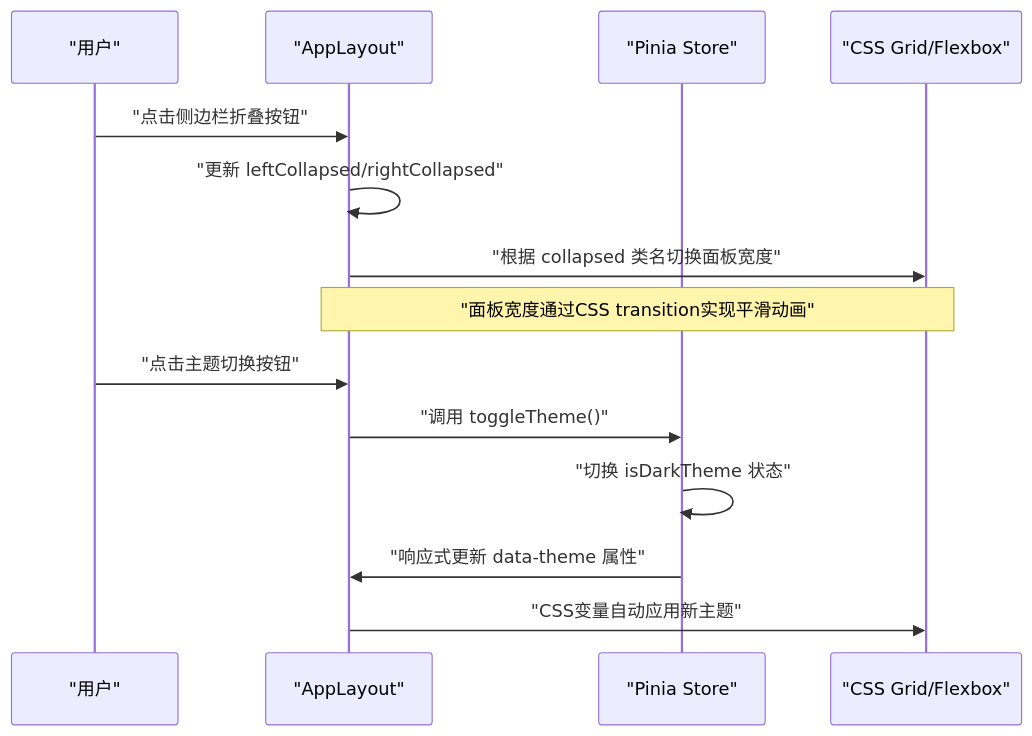
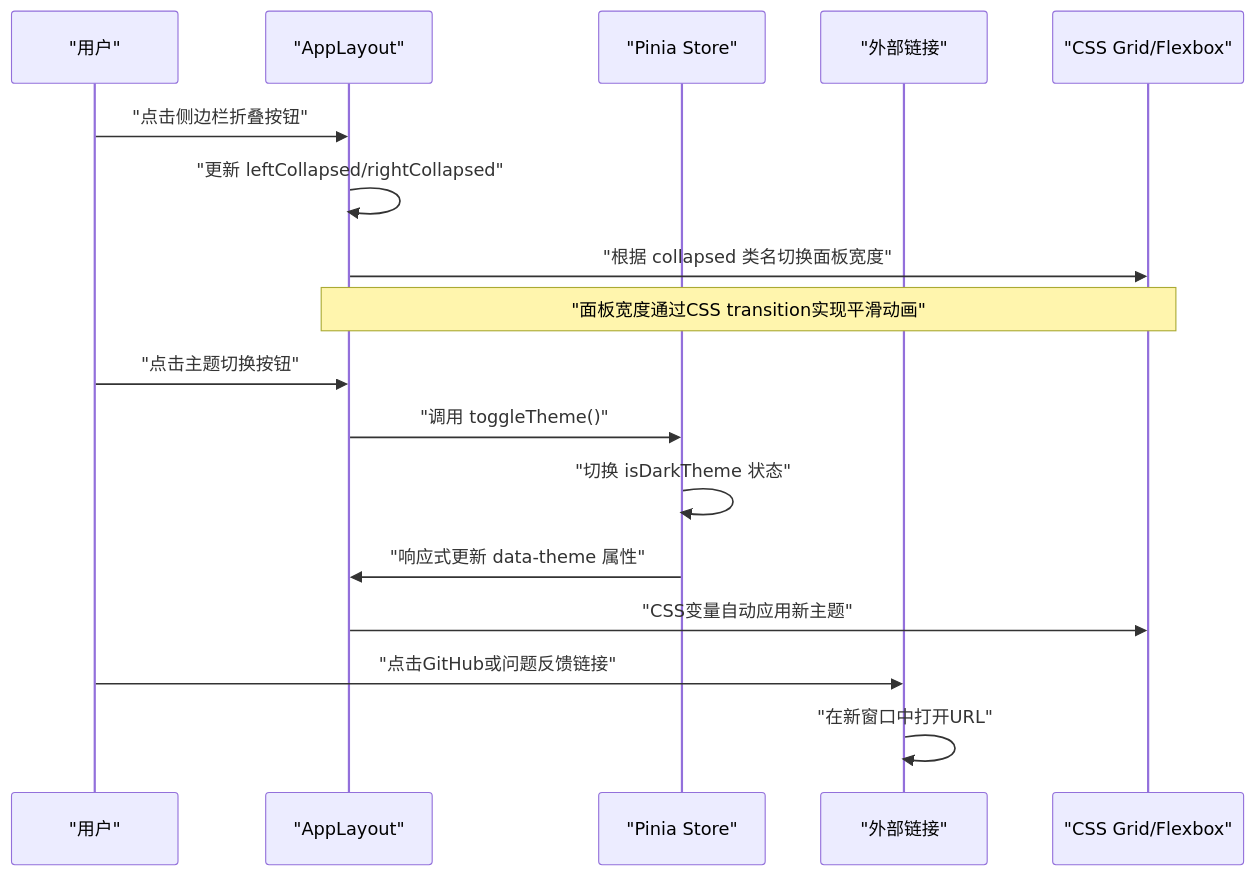
One commit to taoweidong/Hello-Tauri changed the third of 5 diagrams in .qoder/repowiki/zh/content/用户界面/布局系统.md. Above: the diagram before and after it, drawn with Mermaid. The commit also changed other lines of this file and 14 other files, not shown here.

````diff
--- a/.qoder/repowiki/zh/content/用户界面/布局系统.md
+++ b/.qoder/repowiki/zh/content/用户界面/布局系统.md
@@ -178,16 +193,19 @@
 ```mermaid
 sequenceDiagram
 participant U as "用户"
 participant L as "AppLayout"
 participant S as "Pinia Store"
+participant E as "外部链接"
 participant C as "CSS Grid/Flexbox"
 U->>L : "点击侧边栏折叠按钮"
 L->>L : "更新 leftCollapsed/rightCollapsed"
 L->>C : "根据 collapsed 类名切换面板宽度"
 Note over L,C : "面板宽度通过CSS transition实现平滑动画"
 U->>L : "点击主题切换按钮"
 L->>S : "调用 toggleTheme()"
 S->>S : "切换 isDarkTheme 状态"
 S->>L : "响应式更新 data-theme 属性"
 L->>C : "CSS变量自动应用新主题"
+U->>E : "点击GitHub或问题反馈链接"
+E->>E : "在新窗口中打开URL"
 ```
````
